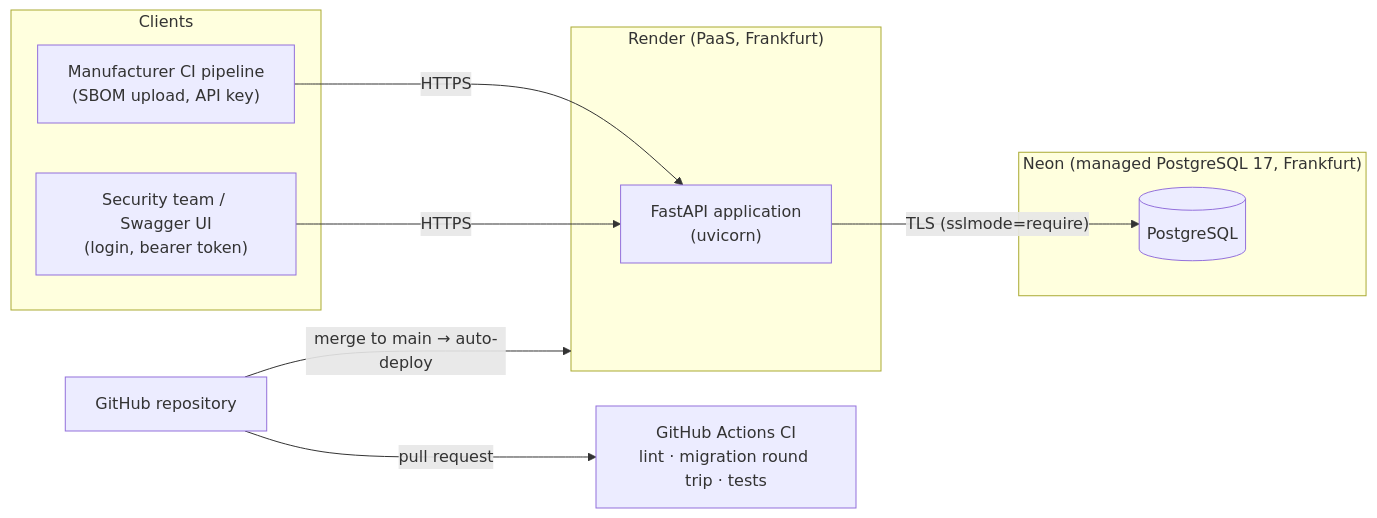
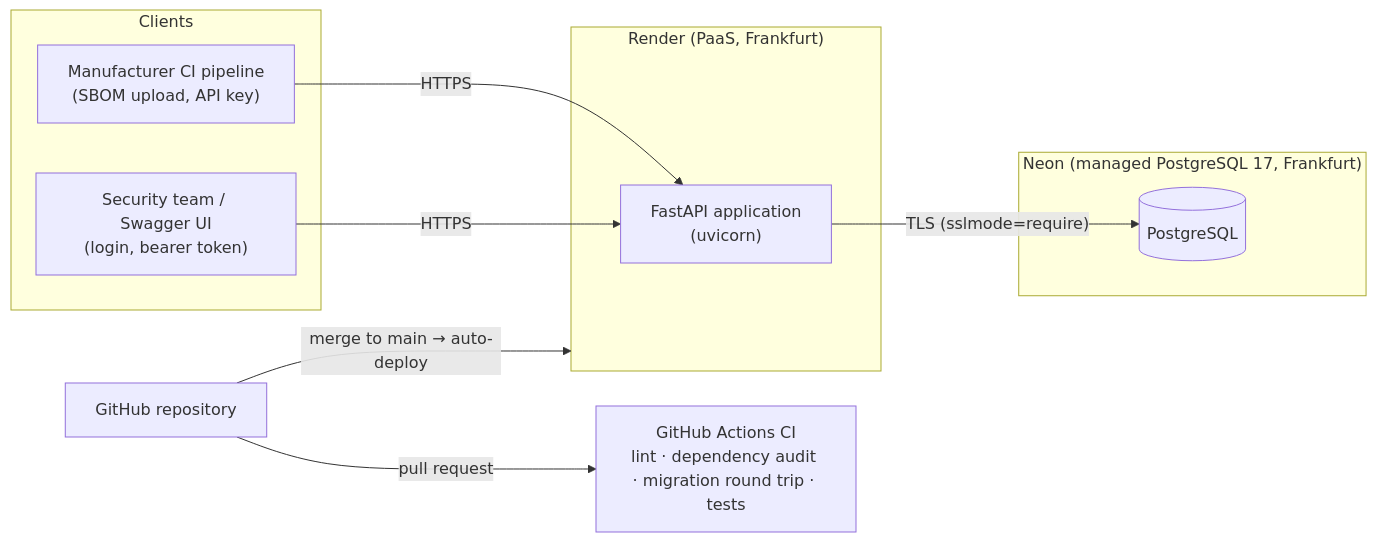
Before and after one commit to eterna09/sbom-tracker: the diagram in README.md, drawn with Mermaid. The commit also changed other lines of this file, not shown here.

````diff
--- a/README.md
+++ b/README.md
@@ -46,22 +49,22 @@
 ```mermaid
 flowchart LR
     subgraph Clients
         CI["Manufacturer CI pipeline<br/>(SBOM upload, API key)"]
         Analyst["Security team / Swagger UI<br/>(login, bearer token)"]
     end
 
     subgraph Render["Render (PaaS, Frankfurt)"]
         API["FastAPI application<br/>(uvicorn)"]
     end
 
     subgraph Neon["Neon (managed PostgreSQL 17, Frankfurt)"]
         DB[("PostgreSQL")]
     end
 
-    GitHub["GitHub repository"] -->|"pull request"| Actions["GitHub Actions CI<br/>lint · migration round trip · tests"]
+    GitHub["GitHub repository"] -->|"pull request"| Actions["GitHub Actions CI<br/>lint · dependency audit · migration round trip · tests"]
     GitHub -->|"merge to main → auto-deploy"| Render
 
     CI -->|HTTPS| API
     Analyst -->|HTTPS| API
     API -->|"TLS (sslmode=require)"| DB
 ```
````
